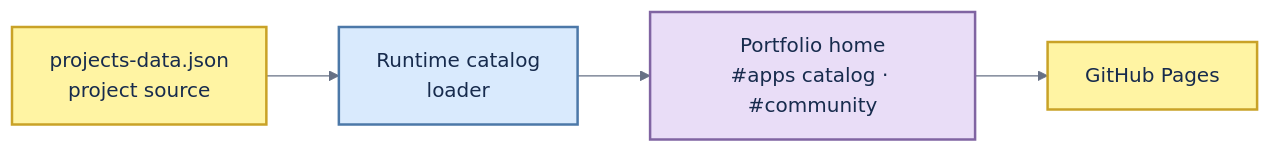
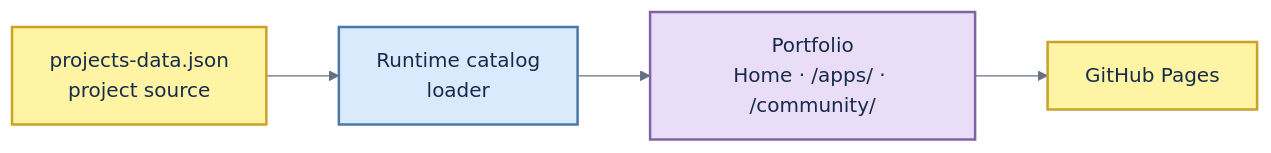
The diagram in README.md (thangldw/thangldw.github.io), drawn with Mermaid before and after one commit. The commit also changed other lines of this file and 14 other files, not shown here.

First line of the commit message:
Split the home page into Home, Apps and Community (#79)

````diff
--- a/README.md
+++ b/README.md
@@ -7,14 +7,14 @@
 ```mermaid
 %%{init: {"theme":"base","flowchart":{"curve":"basis","nodeSpacing":38,"rankSpacing":58},"themeVariables":{"background":"#F7F7F5","fontFamily":"Inter, Arial, sans-serif","lineColor":"#667085","primaryTextColor":"#172B4D"}}}%%
 flowchart LR
     PJ["projects-data.json<br/>project source"]:::yellow --> PL["Runtime catalog<br/>loader"]:::blue
-    PL --> H["Portfolio home<br/>#apps catalog · #community"]:::purple
+    PL --> H["Portfolio<br/>Home · /apps/ · /community/"]:::purple
     H --> GP["GitHub Pages"]:::yellow
     classDef yellow fill:#FFF4A3,stroke:#C9A227,stroke-width:2px,color:#172B4D
     classDef blue fill:#D9EAFD,stroke:#4C78A8,stroke-width:2px,color:#172B4D
     classDef pink fill:#FFE1E6,stroke:#C96A7B,stroke-width:2px,color:#172B4D
     classDef purple fill:#E9DDF7,stroke:#8064A2,stroke-width:2px,color:#172B4D
     classDef green fill:#DDF5E3,stroke:#4F9D69,stroke-width:2px,color:#172B4D
     classDef orange fill:#FFE2C3,stroke:#C97A2B,stroke-width:2px,color:#172B4D
     classDef cyan fill:#D9F3F0,stroke:#3B8F87,stroke-width:2px,color:#172B4D
 ```
````
